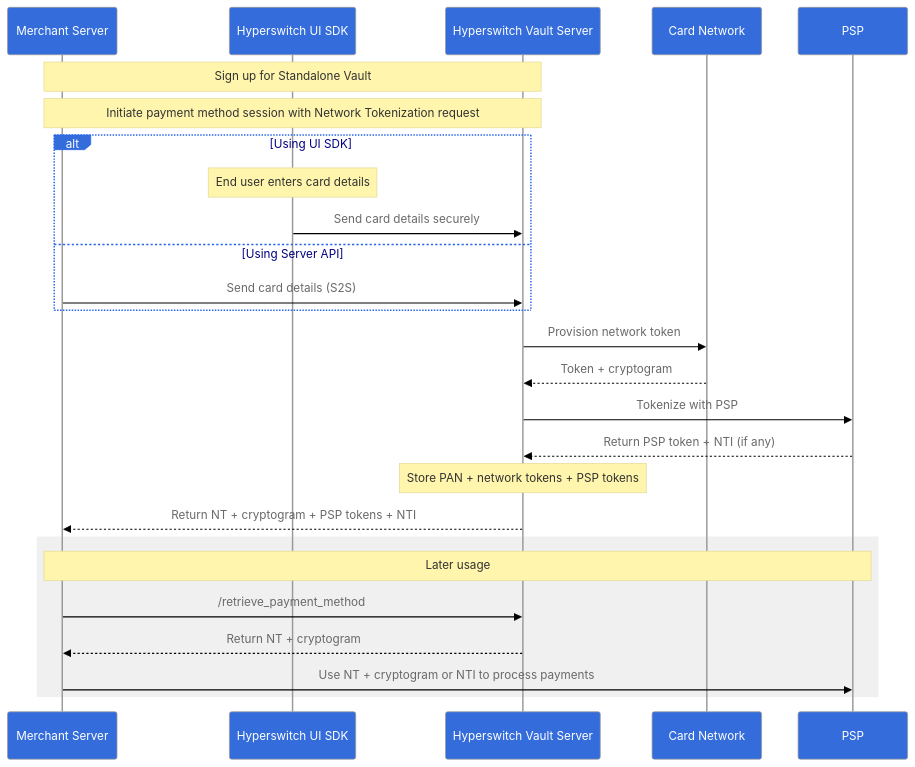
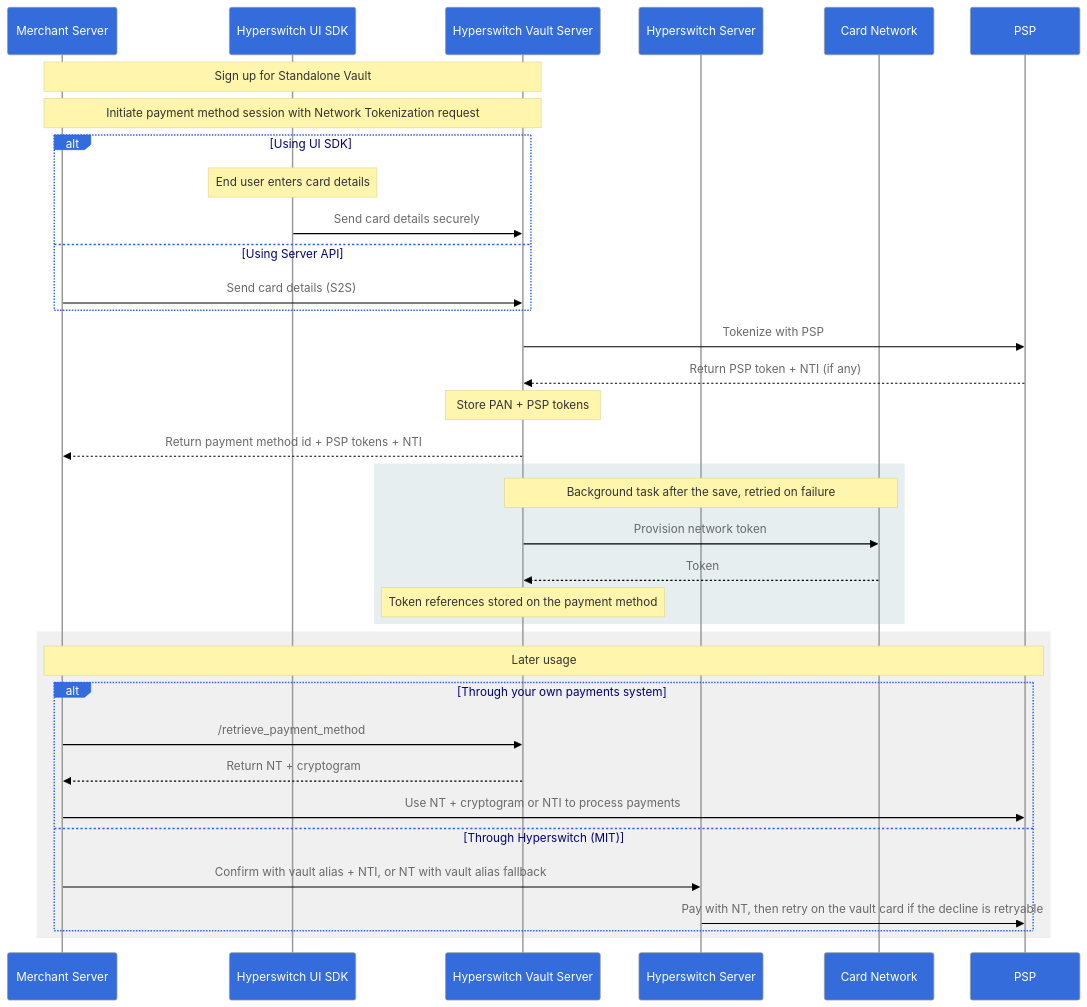
Before and after one commit to juspay/hyperswitch-docs: the second of 3 diagrams in other-features/network-tokenisation.md, drawn with Mermaid. The commit also changed other lines of this file, not shown here.

Commit message:
updates to network tokenization docs

````diff
--- a/other-features/network-tokenisation.md
+++ b/other-features/network-tokenisation.md
@@ -168,57 +177,68 @@
 ```mermaid
 %%{init: {
   "theme": "base",
   "themeVariables": {
     "primaryColor": "#ffffff",
     "primaryBorderColor": "#2563EB",
     "lineColor": "#2563EB",
     "secondaryColor": "#EFF6FF",
     "tertiaryColor": "#DBEAFE",
     "fontFamily": "Inter, system-ui, sans-serif",
     "fontSize": "14px",
     "textColor": "#000000",
 
     "actorBkg": "#346DDB",
     "actorBorder": "#999999",
     "actorTextColor": "#ffffff",
 
     "signalColor": "#000000",
     "signalTextColor": "#696969",
 
     "labelBoxBkgColor": "#346DDB",
     "labelBoxBorderColor": "#2563EB",
     "loopTextColor": "#000080"
   }
 }}%%
 
 sequenceDiagram
     participant MS as Merchant Server
     participant UI as Hyperswitch UI SDK
     participant HV as Hyperswitch Vault Server
+    participant HS as Hyperswitch Server
     participant CN as Card Network
     participant PSP as PSP
 
     Note over MS,HV: Sign up for Standalone Vault
     Note over MS,HV: Initiate payment method session with Network Tokenization request
 
     alt Using UI SDK
         Note over UI: End user enters card details
         UI->>HV: Send card details securely
     else Using Server API
         MS->>HV: Send card details (S2S)
     end
 
-    HV->>CN: Provision network token
-    CN-->>HV: Token + cryptogram
     HV->>PSP: Tokenize with PSP
     PSP-->>HV: Return PSP token + NTI (if any)
-    Note over HV: Store PAN + network tokens + PSP tokens
-    HV-->>MS: Return NT + cryptogram + PSP tokens + NTI
+    Note over HV: Store PAN + PSP tokens
+    HV-->>MS: Return payment method id + PSP tokens + NTI
+
+    rect rgb(230, 238, 240)
+        Note over HV,CN: Background task after the save, retried on failure
+        HV->>CN: Provision network token
+        CN-->>HV: Token
+        Note over HV: Token references stored on the payment method
+    end
 
     rect rgb(240, 240, 240)
         Note over MS,PSP: Later usage
-        MS->>HV: /retrieve_payment_method
-        HV-->>MS: Return NT + cryptogram
-        MS->>PSP: Use NT + cryptogram or NTI to process payments
+        alt Through your own payments system
+            MS->>HV: /retrieve_payment_method
+            HV-->>MS: Return NT + cryptogram
+            MS->>PSP: Use NT + cryptogram or NTI to process payments
+        else Through Hyperswitch (MIT)
+            MS->>HS: Confirm with vault alias + NTI, or NT with vault alias fallback
+            HS->>PSP: Pay with NT, then retry on the vault card if the decline is retryable
+        end
     end
 ```
````
